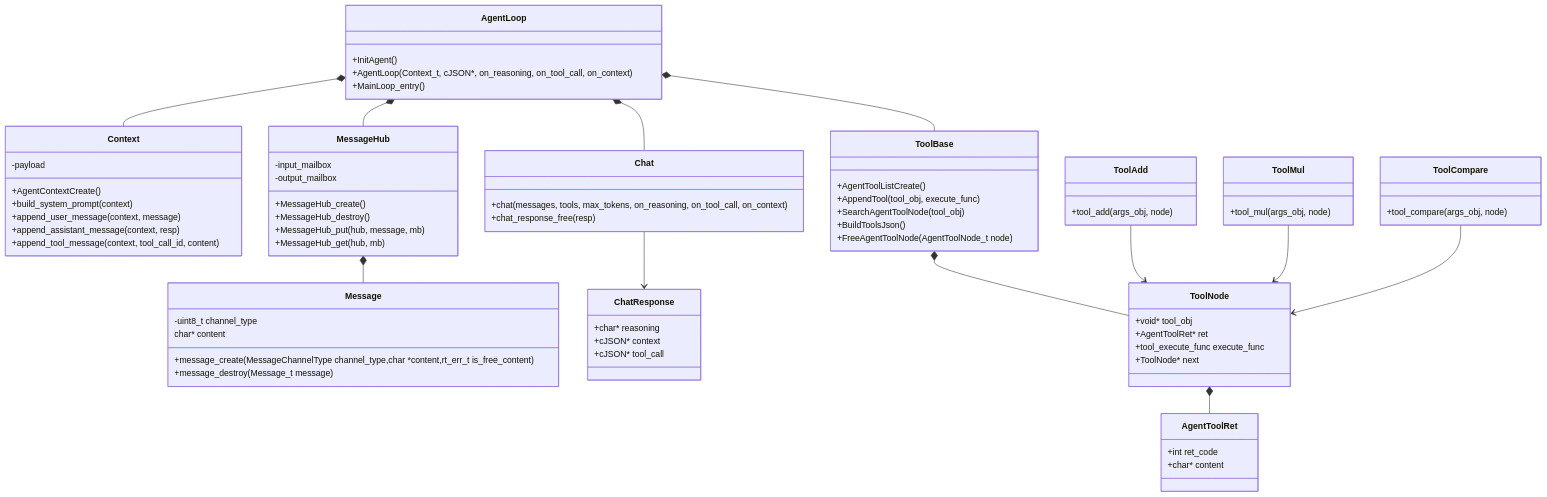
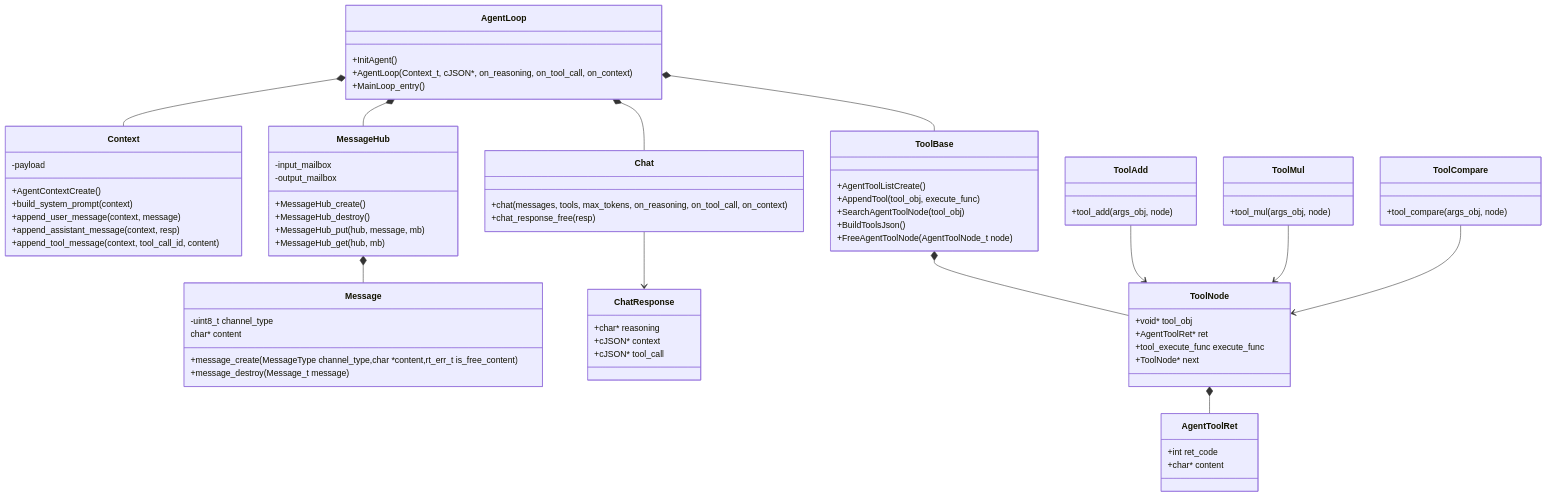
Before and after one commit to CXSforHPU/Agent: the diagram in README.md, drawn with Mermaid. The commit also changed 28 other files, not shown here.

```diff
--- a/README.md
+++ b/README.md
@@ -91,7 +91,7 @@
     class Message {
         -uint8_t channel_type
         char* content
-        +message_create(MessageChannelType channel_type,char *content,rt_err_t is_free_content)
+        +message_create(MessageType channel_type,char *content,rt_err_t is_free_content)
         +message_destroy(Message_t message)
     }
     class ChatResponse {
```
